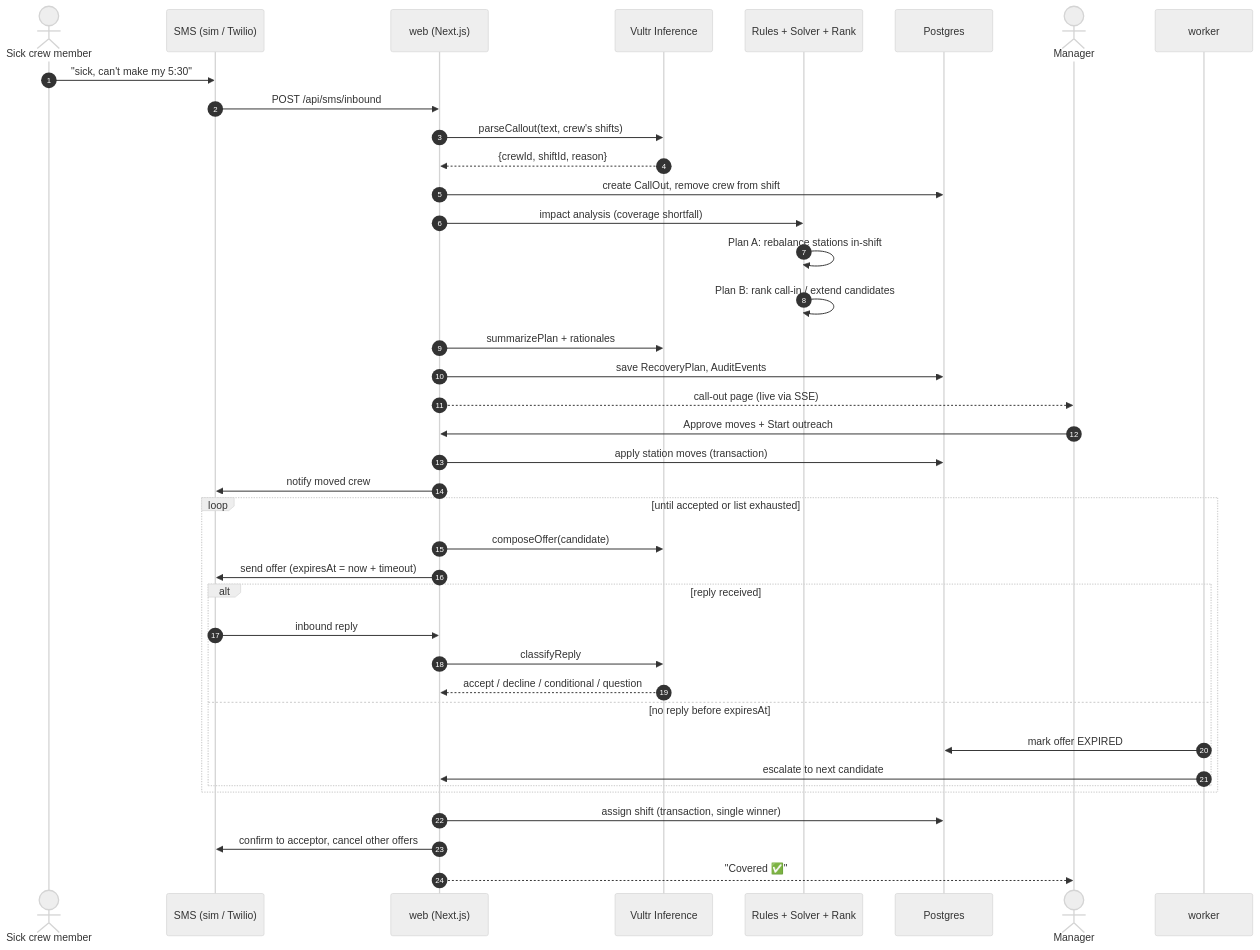
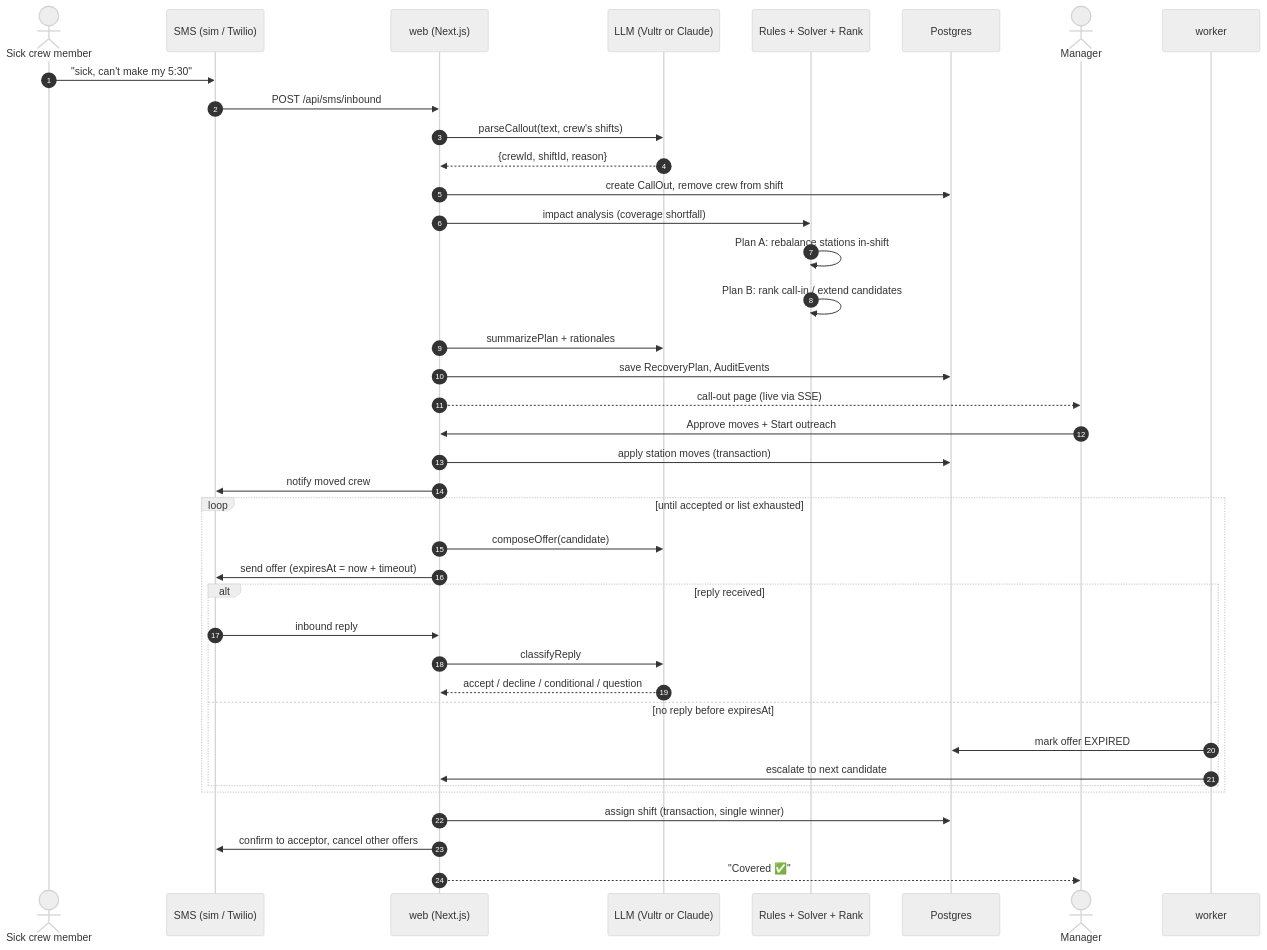
Before and after one commit to DonCastillo/Vultr-Hackathon: the fourth of 6 diagrams in plan/architecture.md, drawn with Mermaid (neutral theme). The commit also changed other lines of this file and 4 other files, not shown here.

First line of the commit message:
Support dual LLM providers (Anthropic Claude + Vultr Inference) with environment-based switching

````diff
--- a/plan/architecture.md
+++ b/plan/architecture.md
@@ -125,43 +130,43 @@
 ```mermaid
 sequenceDiagram
     autonumber
     actor C as Sick crew member
     participant S as SMS (sim / Twilio)
     participant W as web (Next.js)
-    participant L as Vultr Inference
+    participant L as LLM (Vultr or Claude)
     participant R as Rules + Solver + Rank
     participant D as Postgres
     actor M as Manager
     participant K as worker
 
     C->>S: "sick, can't make my 5:30"
     S->>W: POST /api/sms/inbound
     W->>L: parseCallout(text, crew's shifts)
     L-->>W: {crewId, shiftId, reason}
     W->>D: create CallOut, remove crew from shift
     W->>R: impact analysis (coverage shortfall)
     R->>R: Plan A: rebalance stations in-shift
     R->>R: Plan B: rank call-in / extend candidates
     W->>L: summarizePlan + rationales
     W->>D: save RecoveryPlan, AuditEvents
     W-->>M: call-out page (live via SSE)
 
     M->>W: Approve moves + Start outreach
     W->>D: apply station moves (transaction)
     W->>S: notify moved crew
     loop until accepted or list exhausted
         W->>L: composeOffer(candidate)
         W->>S: send offer (expiresAt = now + timeout)
         alt reply received
             S->>W: inbound reply
             W->>L: classifyReply
             L-->>W: accept / decline / conditional / question
         else no reply before expiresAt
             K->>D: mark offer EXPIRED
             K->>W: escalate to next candidate
         end
     end
     W->>D: assign shift (transaction, single winner)
     W->>S: confirm to acceptor, cancel other offers
     W-->>M: "Covered ✅"
 ```
````
